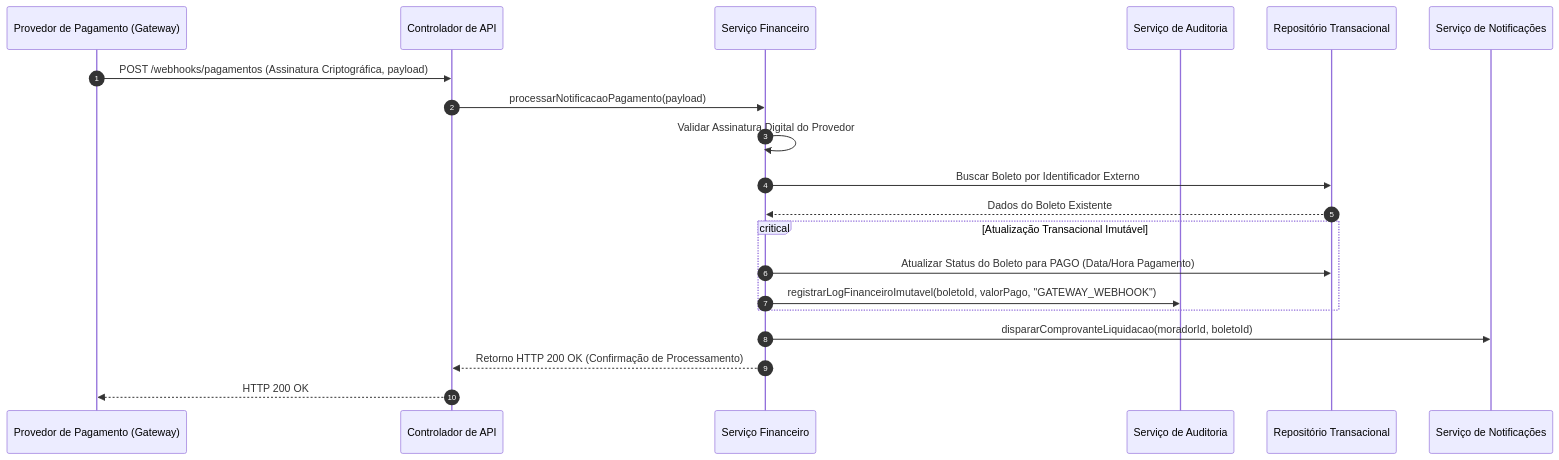
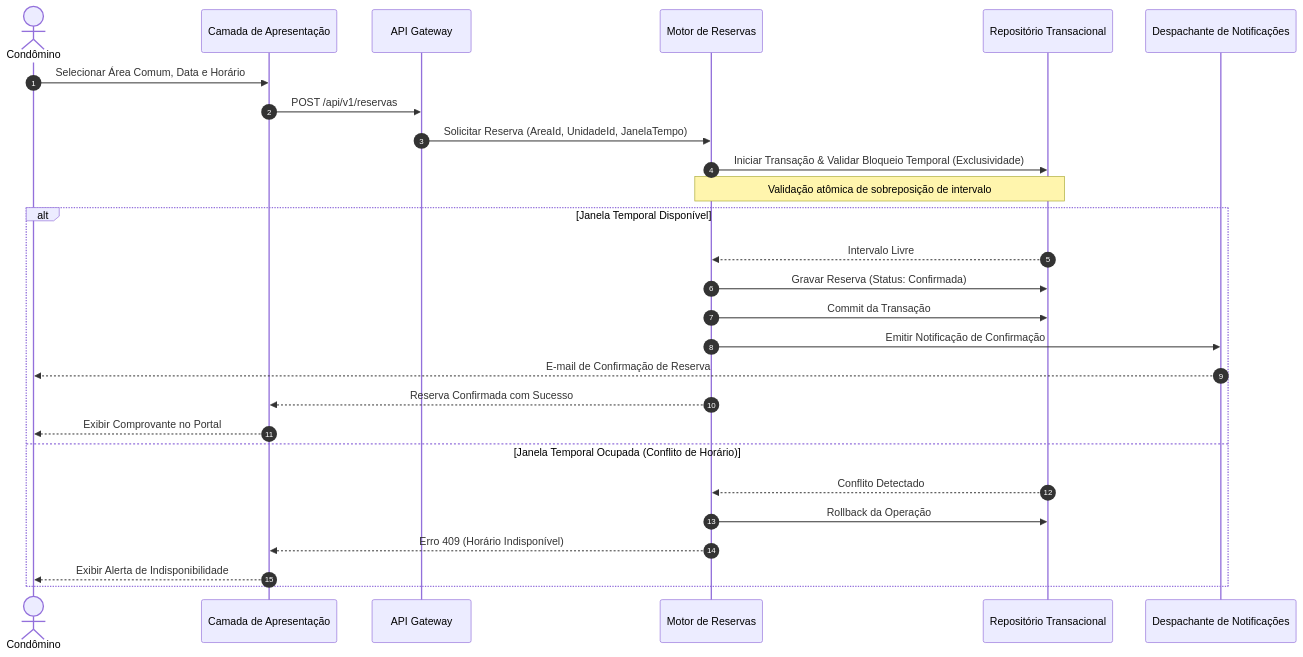
One commit to PDC-ESIA/AI4ES changed the third of 3 diagrams in docs/Time_2_Design/analise-qualitativa/outputs/relatorio_gemini_3_7_flash_M04.md. Above: the diagram before and after it, drawn with Mermaid. The commit also changed other lines of this file and 107 other files, not shown here.

````diff
--- a/docs/Time_2_Design/analise-qualitativa/outputs/relatorio_gemini_3_7_flash_M04.md
+++ b/docs/Time_2_Design/analise-qualitativa/outputs/relatorio_gemini_3_7_flash_M04.md
@@ -161,26 +145,32 @@
 ```mermaid
 sequenceDiagram
     autonumber
-    participant ExtPay as Provedor de Pagamento (Gateway)
-    participant Gateway as Controlador de API
-    participant SvcFin as Serviço Financeiro
-    participant SvcAudit as Serviço de Auditoria
+    actor Condomino as Condômino
+    participant WebUI as Camada de Apresentação
+    participant APIGW as API Gateway
+    participant BookingService as Motor de Reservas
     participant Repo as Repositório Transacional
-    participant SvcNotif as Serviço de Notificações
+    participant Notifier as Despachante de Notificações
 
-    ExtPay->>Gateway: POST /webhooks/pagamentos (Assinatura Criptográfica, payload)
-    Gateway->>SvcFin: processarNotificacaoPagamento(payload)
+    Condomino->>WebUI: Selecionar Área Comum, Data e Horário
+    WebUI->>APIGW: POST /api/v1/reservas
+    APIGW->>BookingService: Solicitar Reserva (AreaId, UnidadeId, JanelaTempo)
     
-    SvcFin->>SvcFin: Validar Assinatura Digital do Provedor
-    SvcFin->>Repo: Buscar Boleto por Identificador Externo
-    Repo-->>SvcFin: Dados do Boleto Existente
-
-    critical Atualização Transacional Imutável
-        SvcFin->>Repo: Atualizar Status do Boleto para PAGO (Data/Hora Pagamento)
-        SvcFin->>SvcAudit: registrarLogFinanceiroImutavel(boletoId, valorPago, "GATEWAY_WEBHOOK")
+    BookingService->>Repo: Iniciar Transação & Validar Bloqueio Temporal (Exclusividade)
+    Note over BookingService, Repo: Validação atômica de sobreposição de intervalo
+    
+    alt Janela Temporal Disponível
+        Repo-->>BookingService: Intervalo Livre
+        BookingService->>Repo: Gravar Reserva (Status: Confirmada)
+        BookingService->>Repo: Commit da Transação
+        BookingService->>Notifier: Emitir Notificação de Confirmação
+        Notifier-->>Condomino: E-mail de Confirmação de Reserva
+        BookingService-->>WebUI: Reserva Confirmada com Sucesso
+        WebUI-->>Condomino: Exibir Comprovante no Portal
+    else Janela Temporal Ocupada (Conflito de Horário)
+        Repo-->>BookingService: Conflito Detectado
+        BookingService->>Repo: Rollback da Operação
+        BookingService-->>WebUI: Erro 409 (Horário Indisponível)
+        WebUI-->>Condomino: Exibir Alerta de Indisponibilidade
     end
-
-    SvcFin->>SvcNotif: dispararComprovanteLiquidacao(moradorId, boletoId)
-    SvcFin-->>Gateway: Retorno HTTP 200 OK (Confirmação de Processamento)
-    Gateway-->>ExtPay: HTTP 200 OK
 ```
````
